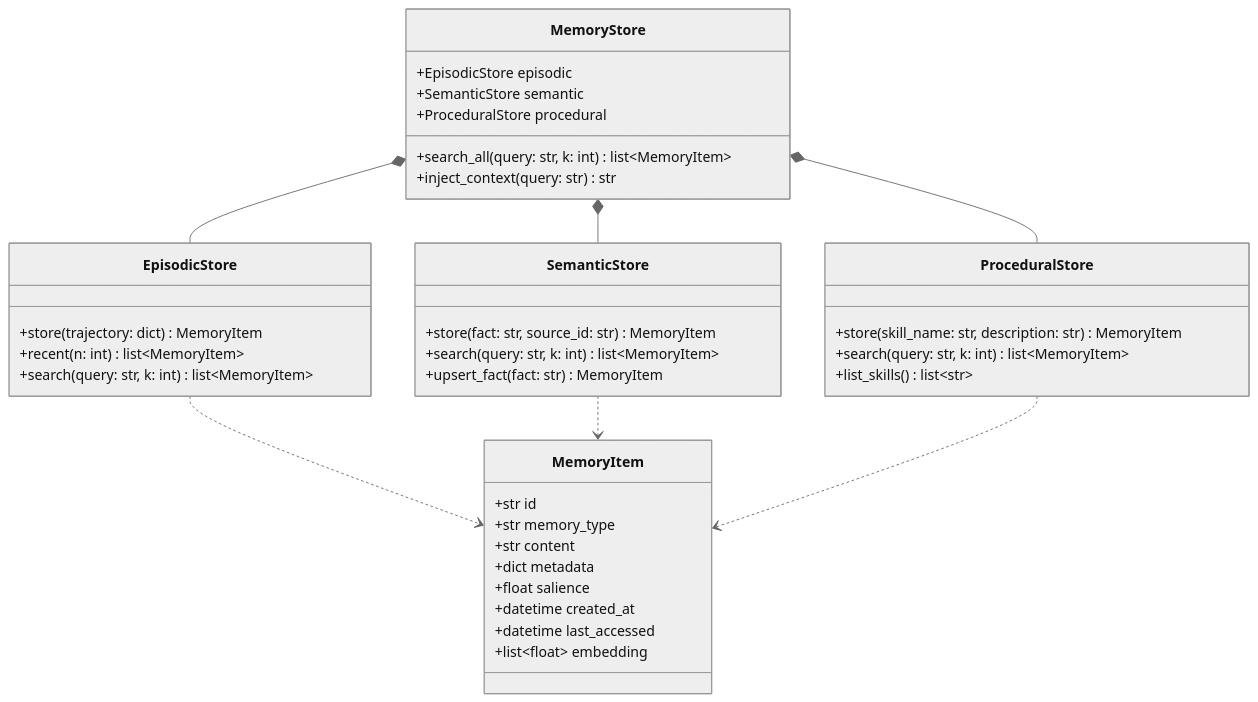
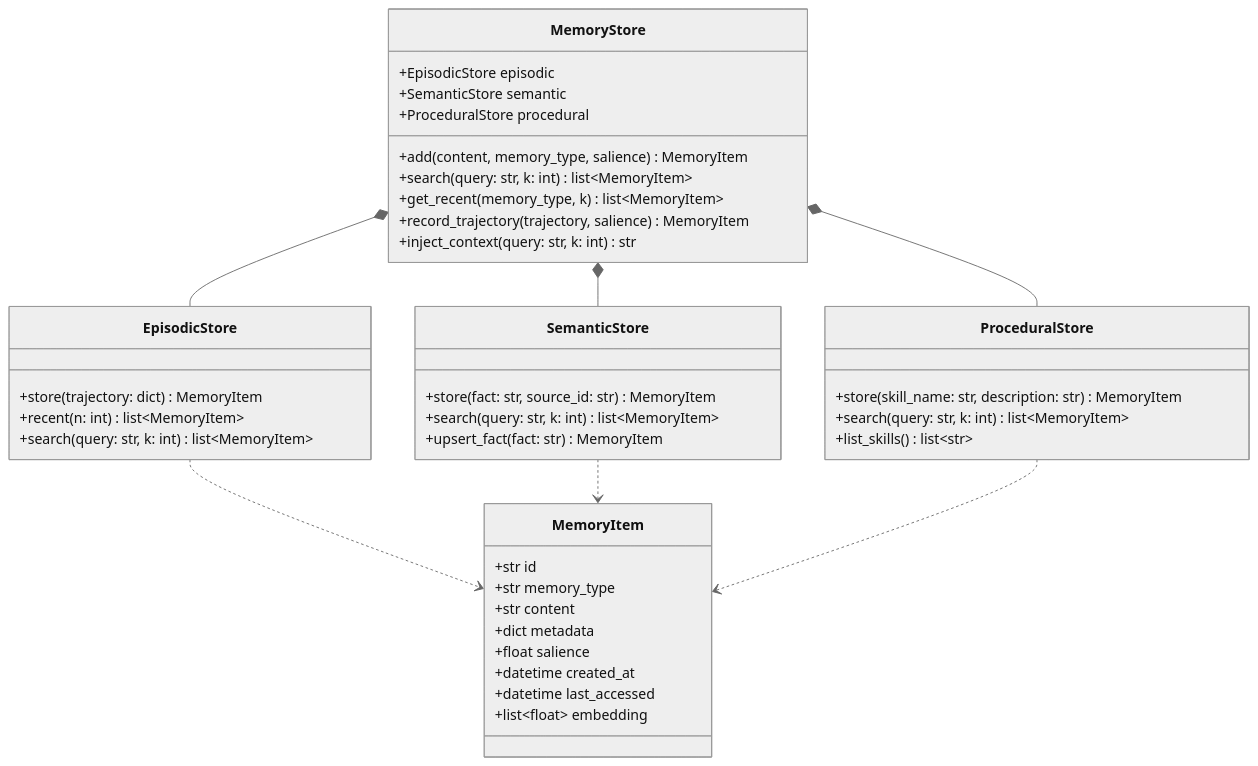
Before and after one commit to shaneliuyx/self-improving-agents-curriculum: the first of 2 diagrams in curriculum/04 - Memory Systems.md, drawn with Mermaid. The commit also changed other lines of this file and 7 other files, not shown here.

````diff
--- a/curriculum/04 - Memory Systems.md
+++ b/curriculum/04 - Memory Systems.md
@@ -50,47 +50,50 @@
 ```mermaid
 %%{init: {"theme":"neutral","themeVariables":{"fontSize":"16px"}}}%%
 classDiagram
     class MemoryItem {
         +str id
         +str memory_type
         +str content
         +dict metadata
         +float salience
         +datetime created_at
         +datetime last_accessed
         +list~float~ embedding
     }
 
     class EpisodicStore {
         +store(trajectory: dict) MemoryItem
         +recent(n: int) list~MemoryItem~
         +search(query: str, k: int) list~MemoryItem~
     }
 
     class SemanticStore {
         +store(fact: str, source_id: str) MemoryItem
         +search(query: str, k: int) list~MemoryItem~
         +upsert_fact(fact: str) MemoryItem
     }
 
     class ProceduralStore {
         +store(skill_name: str, description: str) MemoryItem
         +search(query: str, k: int) list~MemoryItem~
         +list_skills() list~str~
     }
 
     class MemoryStore {
         +EpisodicStore episodic
         +SemanticStore semantic
         +ProceduralStore procedural
-        +search_all(query: str, k: int) list~MemoryItem~
-        +inject_context(query: str) str
+        +add(content, memory_type, salience) MemoryItem
+        +search(query: str, k: int) list~MemoryItem~
+        +get_recent(memory_type, k) list~MemoryItem~
+        +record_trajectory(trajectory, salience) MemoryItem
+        +inject_context(query: str, k: int) str
     }
 
     MemoryStore *-- EpisodicStore
     MemoryStore *-- SemanticStore
     MemoryStore *-- ProceduralStore
     EpisodicStore ..> MemoryItem
     SemanticStore ..> MemoryItem
     ProceduralStore ..> MemoryItem
 ```
````
